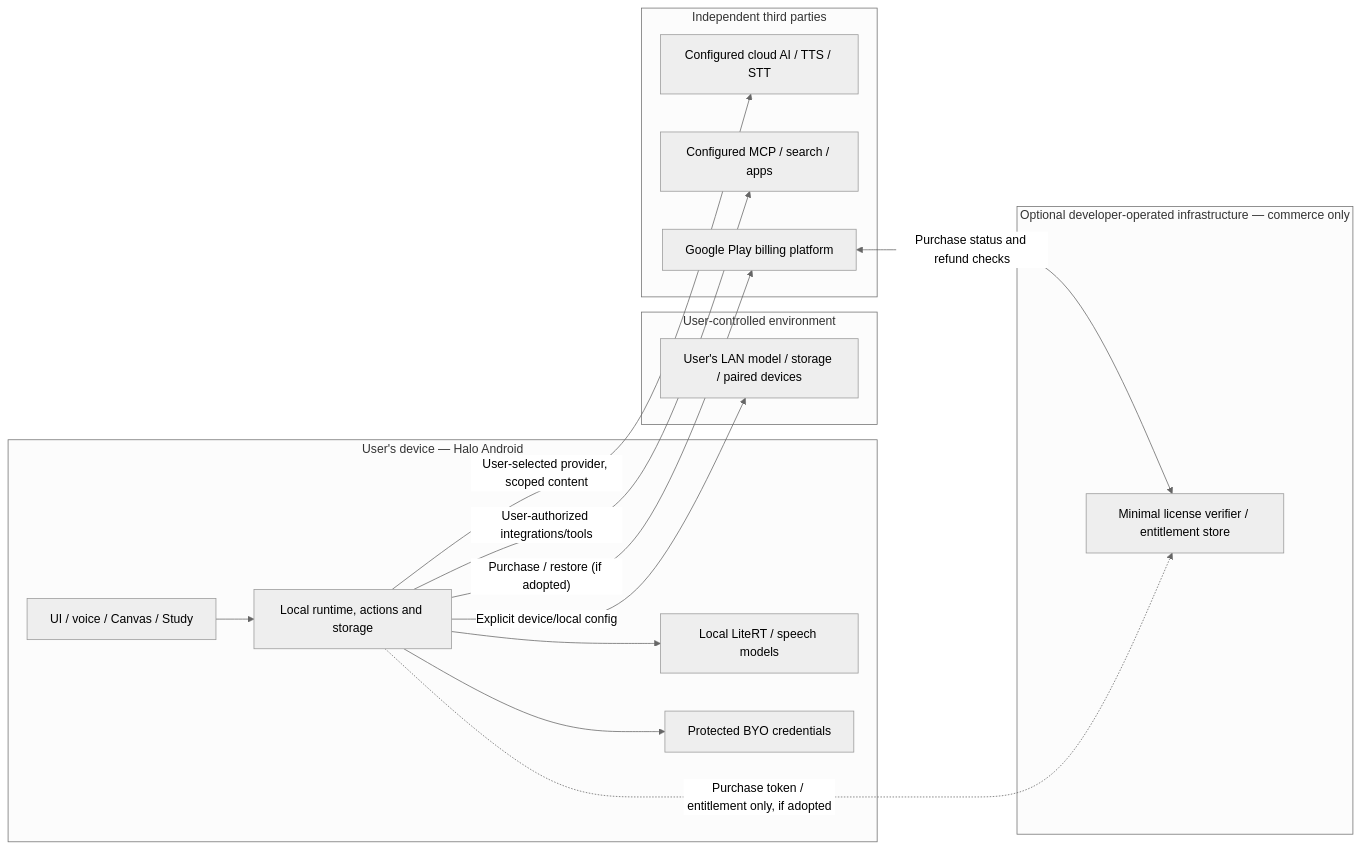
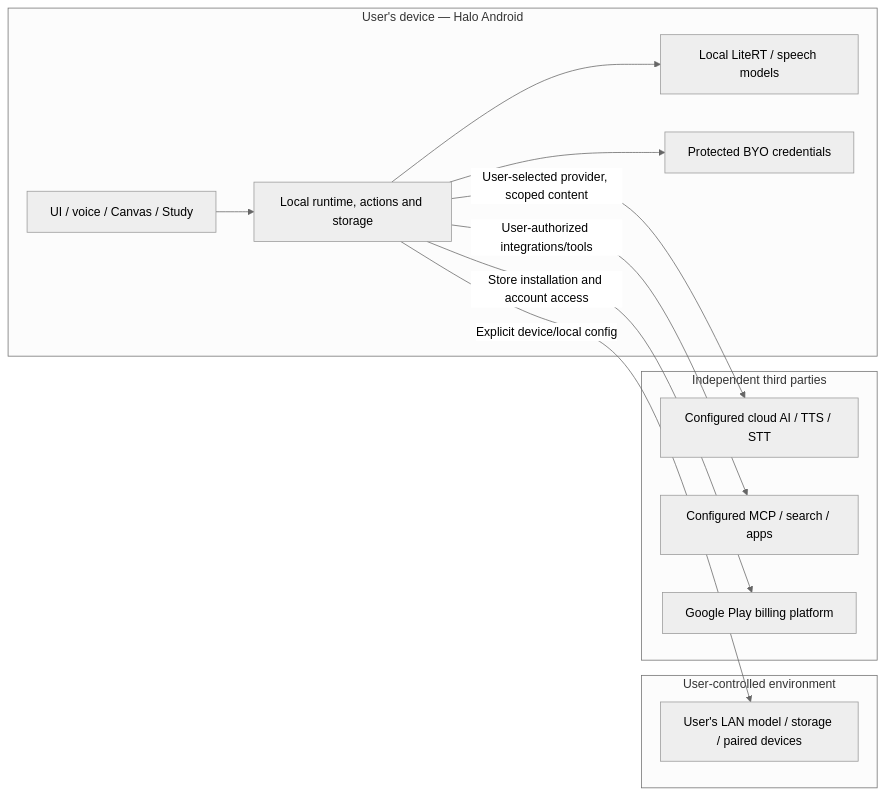
The diagram in docs/04-architecture/ADR-0001-HALO-LOCAL-FIRST-COMMERCE.md (slafftrosheen/Halo), drawn with Mermaid (neutral theme) before and after one commit. The commit also changed other lines of this file, not shown here.

Commit message:
Record paid Play listing decision [skip ci]

````diff
--- a/docs/04-architecture/ADR-0001-HALO-LOCAL-FIRST-COMMERCE.md
+++ b/docs/04-architecture/ADR-0001-HALO-LOCAL-FIRST-COMMERCE.md
@@ -17,25 +19,20 @@
 ```mermaid
 flowchart LR
   subgraph A["User's device — Halo Android"]
     U["UI / voice / Canvas / Study"] --> R["Local runtime, actions and storage"]
     R --> L["Local LiteRT / speech models"]
     R --> K["Protected BYO credentials"]
   end
   subgraph B["User-controlled environment"]
     LAN["User's LAN model / storage / paired devices"]
   end
   subgraph C["Independent third parties"]
     AI["Configured cloud AI / TTS / STT"]
     MCP["Configured MCP / search / apps"]
     PLAY["Google Play billing platform"]
   end
-  subgraph D["Optional developer-operated infrastructure — commerce only"]
-    LIC["Minimal license verifier / entitlement store"]
-  end
   R -->|"Explicit device/local config"| LAN
   R -->|"User-selected provider, scoped content"| AI
   R -->|"User-authorized integrations/tools"| MCP
-  R -->|"Purchase / restore (if adopted)"| PLAY
-  PLAY <-->|"Purchase status and refund checks"| LIC
-  R -.->|"Purchase token / entitlement only, if adopted"| LIC
+  R -->|"Store installation and account access"| PLAY
 ```
````
